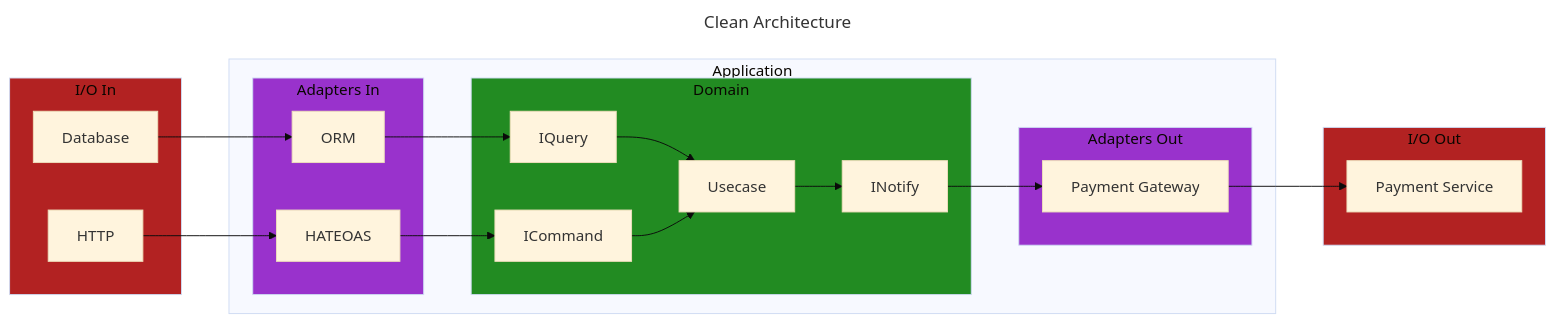
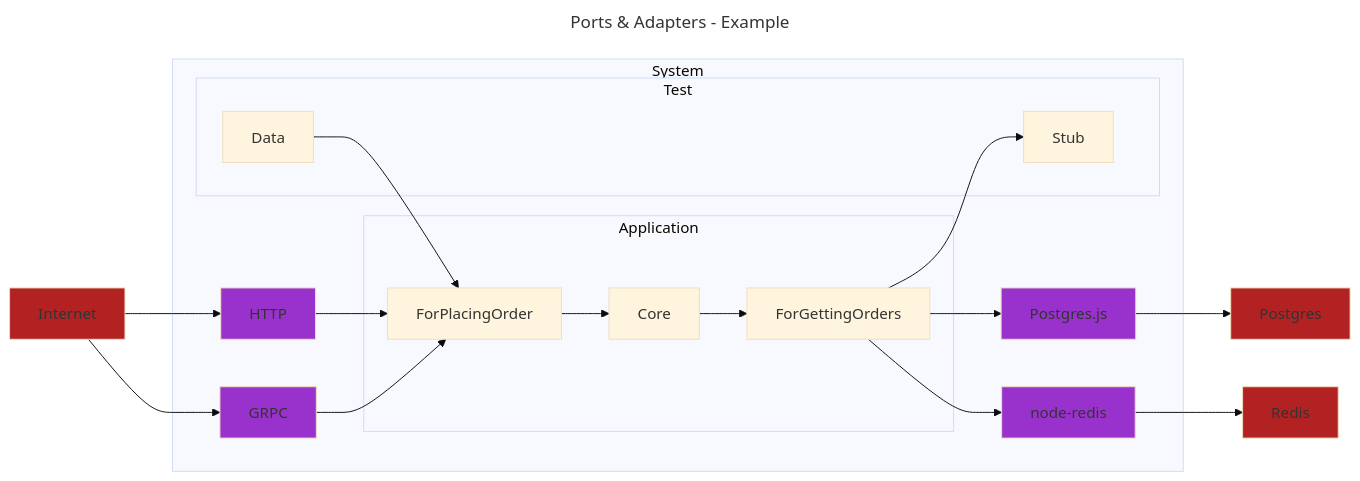
The ninth of 10 diagrams in structure.md (grierson/grierson), drawn with Mermaid (base theme) before and after one commit. The commit also changed other lines of this file, not shown here.

````diff
--- a/structure.md
+++ b/structure.md
@@ -492,42 +428,31 @@
 ```mermaid
 ---
-title: Clean Architecture
+title: Ports & Adapters - Example
 ---
 flowchart LR
-  subgraph Application
-    style Domain fill:ForestGreen
-    subgraph Domain
-      IQuery
-      ICommand
-      INotify
-      Usecase
+  style Postgres fill:FireBrick
+  style Redis fill:FireBrick
+  style Internet fill:FireBrick
+  style Postgres.js fill:DarkOrchid
+  style node-redis fill:DarkOrchid
+  style HTTP fill:DarkOrchid
+  style GRPC fill:DarkOrchid
+  subgraph System
+    subgraph Application
+      ForPlacingOrder --> Core
+      Core --> ForGettingOrders
     end
-    style AdaptersIn fill:DarkOrchid
-    subgraph AdaptersIn[Adapters In]
-      ORM
-      HATEOAS
+    subgraph Test
+      ForGettingOrders --> Stub
+      Data --> ForPlacingOrder
     end
-    style AdaptersOut fill:DarkOrchid
-    subgraph AdaptersOut[Adapters Out]
-      Gateway[Payment Gateway]
-    end
+    ForGettingOrders --> Postgres.js
+    ForGettingOrders --> node-redis
+    HTTP --> ForPlacingOrder
+    GRPC --> ForPlacingOrder
   end
-  style I/OIn fill:FireBrick
-  subgraph I/OIn[I/O In]
-    Database
-    HTTP
-  end
-  style I/OOut fill:FireBrick
-  subgraph I/OOut[I/O Out]
-    ThirdParty[Payment Service]
-  end
-  HTTP --> HATEOAS
-  Database --> ORM
-  HATEOAS --> ICommand
-  ORM --> IQuery
-  IQuery --> Usecase
-  ICommand --> Usecase
-  Usecase --> INotify
-  INotify --> Gateway
-  Gateway --> ThirdParty
+  Postgres.js --> Postgres
+  node-redis --> Redis
+  Internet --> HTTP
+  Internet --> GRPC
 ```
````
